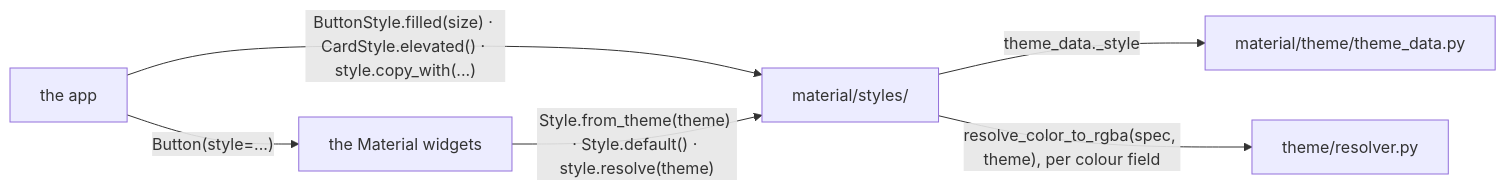
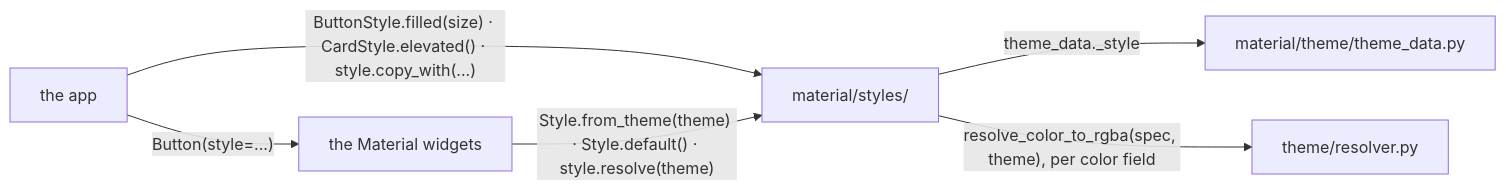
One commit to yuksblog/nuiitivet changed the fifth of 6 diagrams in docs/design/STYLE_THEME.md. Above: the diagram before and after it, drawn with Mermaid. The commit also changed other lines of this file and 11 other files, not shown here.

First line of the commit message:
refactor: nuiitivet.matplotlib package, the figure colored by a palette extension

````diff
--- a/docs/design/STYLE_THEME.md
+++ b/docs/design/STYLE_THEME.md
@@ -170,14 +171,14 @@
 ```mermaid
 flowchart LR
     styles[material/styles/]
     widgets[the Material widgets]
     data[material/theme/theme_data.py]
     resolver[theme/resolver.py]
     app[the app]
 
     app -- "ButtonStyle.filled(size) · CardStyle.elevated() · style.copy_with(...)" --> styles
     app -- "Button(style=...)" --> widgets
     widgets -- "Style.from_theme(theme) · Style.default() · style.resolve(theme)" --> styles
     styles -- "theme_data.<variant>_style" --> data
-    styles -- "resolve_color_to_rgba(spec, theme), per colour field" --> resolver
+    styles -- "resolve_color_to_rgba(spec, theme), per color field" --> resolver
 ```
````
